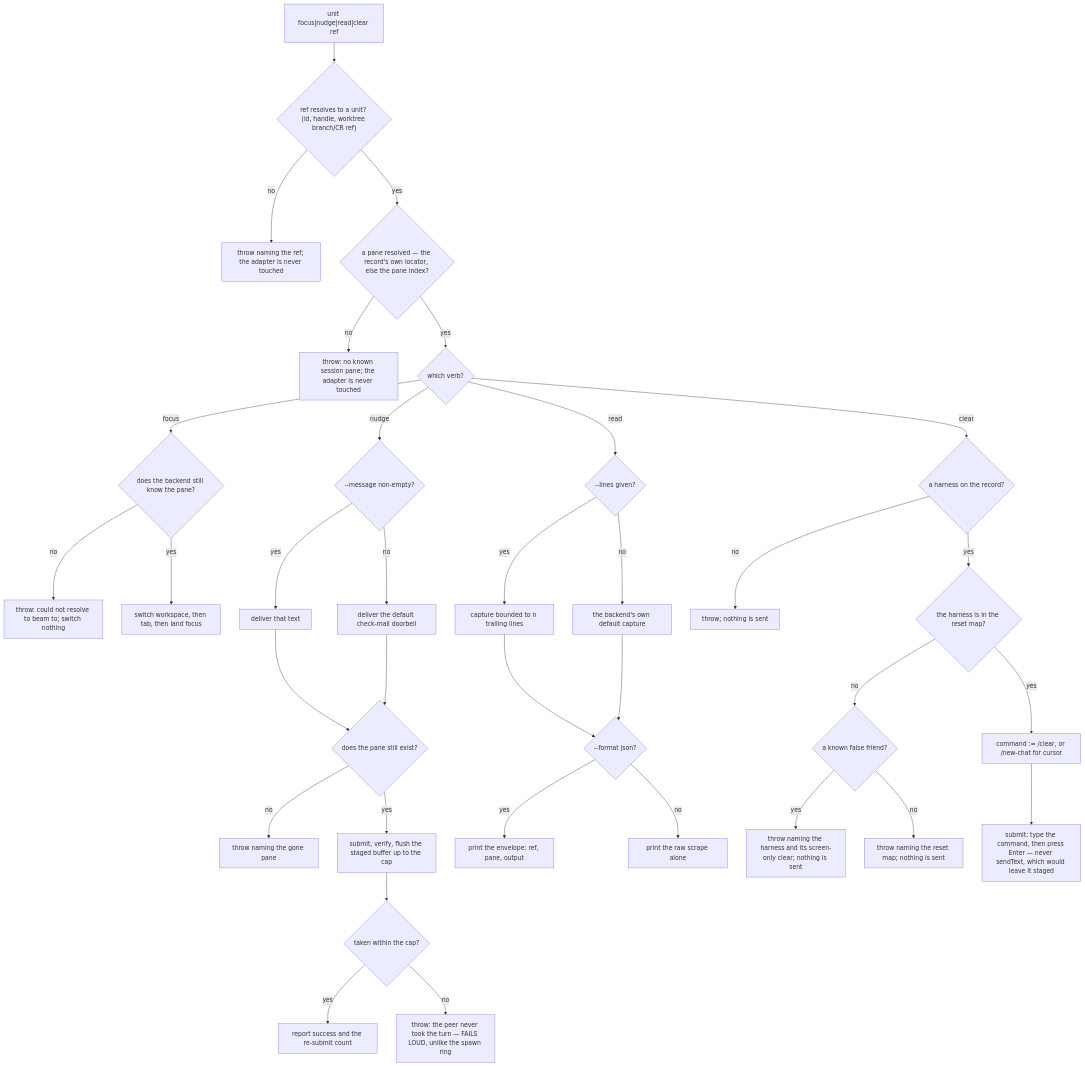
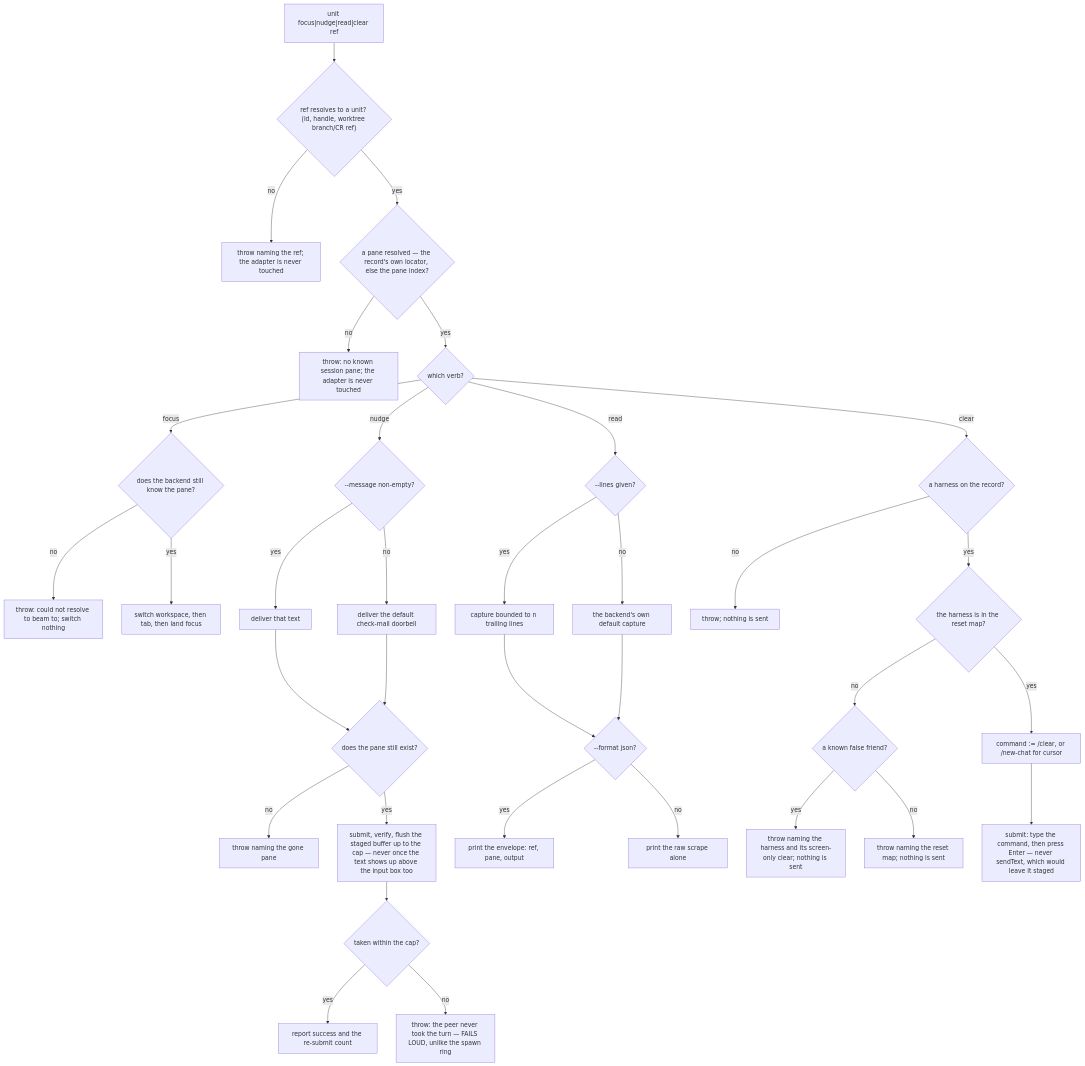
The fifth of 5 diagrams in packages/cyberlegion/.agents/spec/unit/lifecycle/README.md (cyberuni/cyberlegion), drawn with Mermaid before and after one commit. The commit also changed other lines of this file and 9 other files, not shown here.

First line of the commit message:
fix: ring a peer once when its harness puts a taken turn back in the input box (#101) (#105)

````diff
--- a/packages/cyberlegion/.agents/spec/unit/lifecycle/README.md
+++ b/packages/cyberlegion/.agents/spec/unit/lifecycle/README.md
@@ -494,36 +499,36 @@
 ```mermaid
 graph TD
   PT0["unit focus|nudge|read|clear ref"] --> PT1{"ref resolves to a unit? (id, handle, worktree branch/CR ref)"}
   PT1 -- no --> PT1X["throw naming the ref; the adapter is never touched"]
   PT1 -- yes --> PT2{"a pane resolved — the record's own locator, else the pane index?"}
   PT2 -- no --> PT2X["throw: no known session pane; the adapter is never touched"]
   PT2 -- yes --> PT3{"which verb?"}
   PT3 -- focus --> FC1{"does the backend still know the pane?"}
   FC1 -- no --> FC1X["throw: could not resolve to beam to; switch nothing"]
   FC1 -- yes --> FC2["switch workspace, then tab, then land focus"]
   PT3 -- nudge --> ND1{"--message non-empty?"}
   ND1 -- yes --> ND1Y["deliver that text"]
   ND1 -- no --> ND1N["deliver the default check-mail doorbell"]
   ND1Y --> ND2
   ND1N --> ND2{"does the pane still exist?"}
   ND2 -- no --> ND2X["throw naming the gone pane"]
-  ND2 -- yes --> ND3["submit, verify, flush the staged buffer up to the cap"]
+  ND2 -- yes --> ND3["submit, verify, flush the staged buffer up to the cap — never once the text shows up above the input box too"]
   ND3 --> ND4{"taken within the cap?"}
   ND4 -- yes --> ND4Y["report success and the re-submit count"]
   ND4 -- no --> ND4X["throw: the peer never took the turn — FAILS LOUD, unlike the spawn ring"]
   PT3 -- read --> RD1{"--lines given?"}
   RD1 -- yes --> RD1Y["capture bounded to n trailing lines"]
   RD1 -- no --> RD1N["the backend's own default capture"]
   RD1Y --> RD2
   RD1N --> RD2{"--format json?"}
   RD2 -- yes --> RD2Y["print the envelope: ref, pane, output"]
   RD2 -- no --> RD2N["print the raw scrape alone"]
   PT3 -- clear --> CR1{"a harness on the record?"}
   CR1 -- no --> CR1X["throw; nothing is sent"]
   CR1 -- yes --> CR2{"the harness is in the reset map?"}
   CR2 -- yes --> CR2Y["command := /clear, or /new-chat for cursor"]
   CR2 -- no --> CR3{"a known false friend?"}
   CR3 -- yes --> CR3X["throw naming the harness and its screen-only clear; nothing is sent"]
   CR3 -- no --> CR3N["throw naming the reset map; nothing is sent"]
   CR2Y --> CR4["submit: type the command, then press Enter — never sendText, which would leave it staged"]
 ```
````
